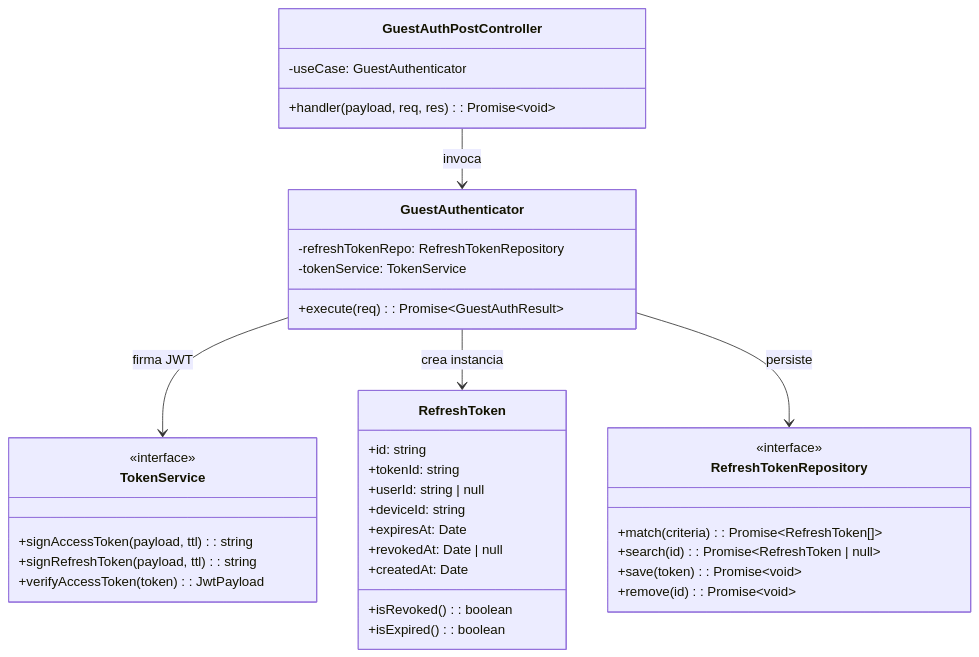
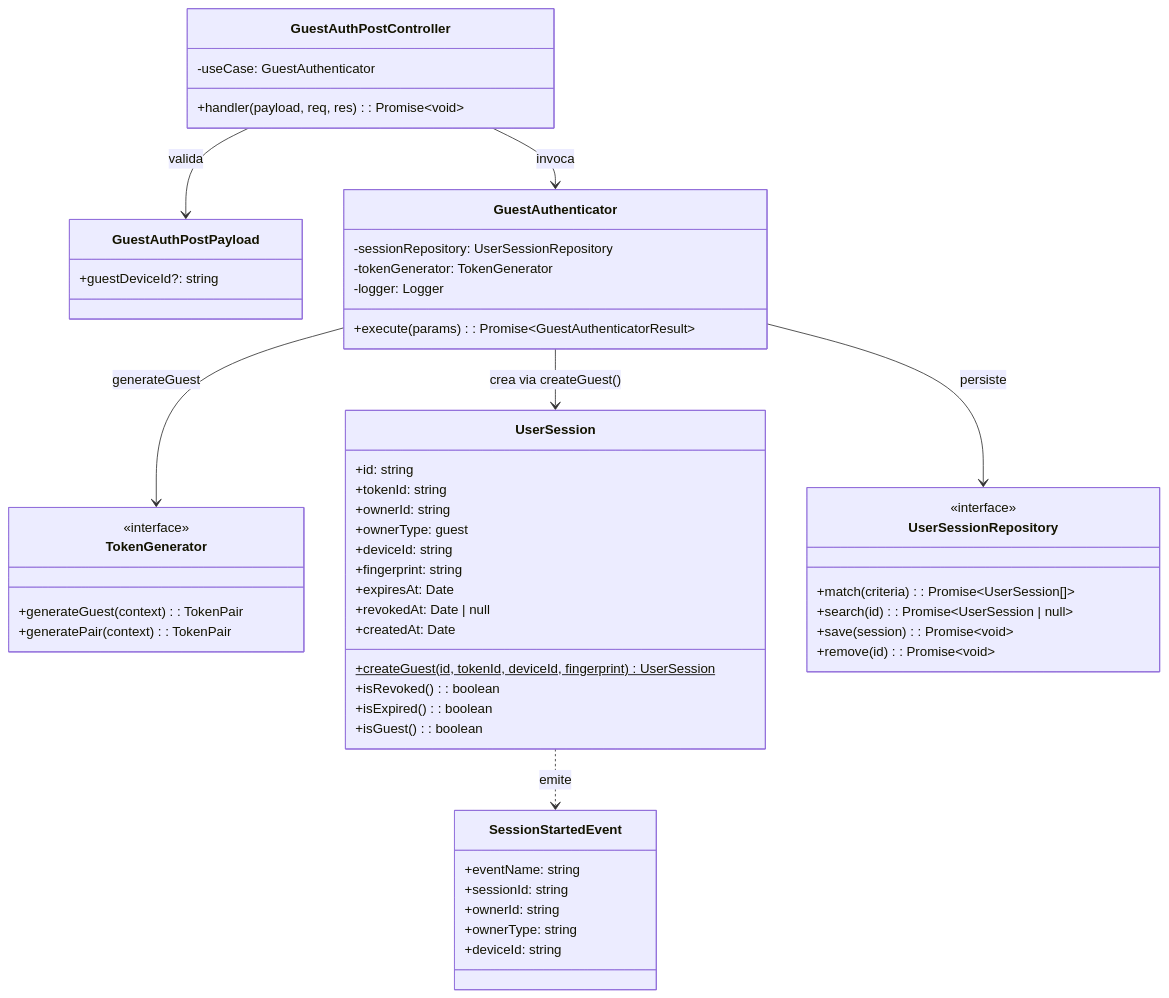
The diagram in docs/apps/api/identity/guest/classes.md (AbrahamVilchesDeLaCruz/ididntcatchthat), drawn with Mermaid before and after one commit. The commit also changed 184 other files, not shown here.

````diff
--- a/docs/apps/api/identity/guest/classes.md
+++ b/docs/apps/api/identity/guest/classes.md
@@ -5,45 +5,63 @@
 ```mermaid
 classDiagram
     class GuestAuthPostController {
         -useCase: GuestAuthenticator
         +handler(payload, req, res): Promise~void~
     }
 
-    class GuestAuthenticator {
-        -refreshTokenRepo: RefreshTokenRepository
-        -tokenService: TokenService
-        +execute(req): Promise~GuestAuthResult~
+    class GuestAuthPostPayload {
+        +guestDeviceId?: string
     }
 
-    class TokenService {
-        <<interface>>
-        +signAccessToken(payload, ttl): string
-        +signRefreshToken(payload, ttl): string
-        +verifyAccessToken(token): JwtPayload
+    class GuestAuthenticator {
+        -sessionRepository: UserSessionRepository
+        -tokenGenerator: TokenGenerator
+        -logger: Logger
+        +execute(params): Promise~GuestAuthenticatorResult~
     }
 
-    class RefreshToken {
+    class TokenGenerator {
+        <<interface>>
+        +generateGuest(context): TokenPair
+        +generatePair(context): TokenPair
+    }
+
+    class UserSession {
         +id: string
         +tokenId: string
-        +userId: string | null
+        +ownerId: string
+        +ownerType: guest
         +deviceId: string
+        +fingerprint: string
         +expiresAt: Date
         +revokedAt: Date | null
         +createdAt: Date
+        +createGuest(id, tokenId, deviceId, fingerprint)$ UserSession
         +isRevoked(): boolean
         +isExpired(): boolean
+        +isGuest(): boolean
     }
 
-    class RefreshTokenRepository {
+    class UserSessionRepository {
         <<interface>>
-        +match(criteria): Promise~RefreshToken[]~
-        +search(id): Promise~RefreshToken | null~
-        +save(token): Promise~void~
+        +match(criteria): Promise~UserSession[]~
+        +search(id): Promise~UserSession | null~
+        +save(session): Promise~void~
         +remove(id): Promise~void~
     }
 
+    class SessionStartedEvent {
+        +eventName: string
+        +sessionId: string
+        +ownerId: string
+        +ownerType: string
+        +deviceId: string
+    }
+
+    GuestAuthPostController --> GuestAuthPostPayload : valida
     GuestAuthPostController --> GuestAuthenticator : invoca
-    GuestAuthenticator --> TokenService : firma JWT
-    GuestAuthenticator --> RefreshToken : crea instancia
-    GuestAuthenticator --> RefreshTokenRepository : persiste
+    GuestAuthenticator --> TokenGenerator : generateGuest
+    GuestAuthenticator --> UserSession : crea via createGuest()
+    GuestAuthenticator --> UserSessionRepository : persiste
+    UserSession ..> SessionStartedEvent : emite
 ```
````
